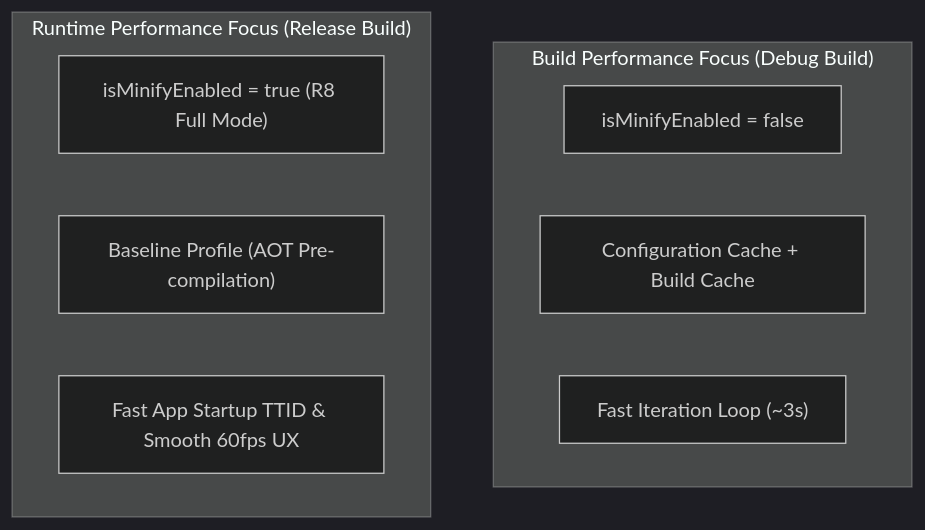
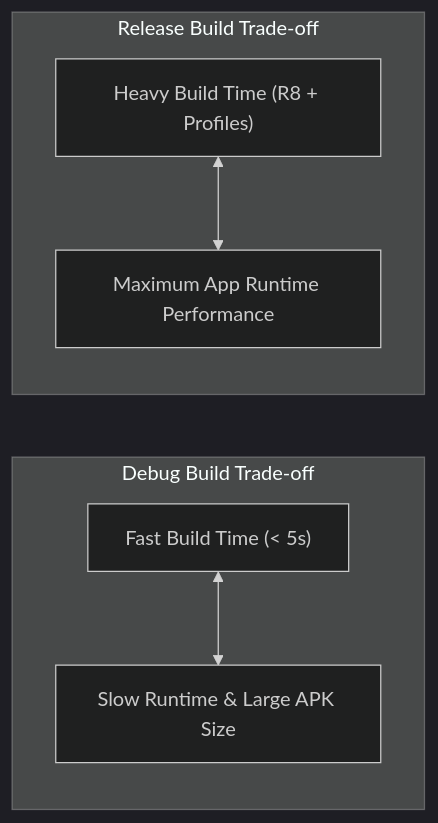
The diagram in 01_inbox/mobile/android/03_packaging_deployment/optimization/build-optimization-contracts/gradle-build-performance-is-not-app-runtime-performance.md (youngmin-gwon/what-i-studied), drawn with Mermaid (dark theme) before and after one commit. The commit also changed other lines of this file and 134 other files, not shown here.

````diff
--- a/01_inbox/mobile/android/03_packaging_deployment/optimization/build-optimization-contracts/gradle-build-performance-is-not-app-runtime-performance.md
+++ b/01_inbox/mobile/android/03_packaging_deployment/optimization/build-optimization-contracts/gradle-build-performance-is-not-app-runtime-performance.md
@@ -18,14 +26,10 @@
 ```mermaid
-flowchart TD
-    subgraph BuildPerf ["Build Performance Focus (Debug Build)"]
-        DebugBuild["isMinifyEnabled = false"]
-        ParallelTask["Configuration Cache + Build Cache"]
-        FastDev["Fast Iteration Loop (~3s)"]
+flowchart LR
+    subgraph DebugMode ["Debug Build Trade-off"]
+        FastBuild["Fast Build Time (< 5s)"] <--> SlowRuntime["Slow Runtime & Large APK Size"]
     end
 
-    subgraph RuntimePerf ["Runtime Performance Focus (Release Build)"]
-        ReleaseBuild["isMinifyEnabled = true (R8 Full Mode)"]
-        BaselineProfile["Baseline Profile (AOT Pre-compilation)"]
-        FastUX["Fast App Startup TTID & Smooth 60fps UX"]
+    subgraph ReleaseMode ["Release Build Trade-off"]
+        SlowBuild["Heavy Build Time (R8 + Profiles)"] <--> FastRuntime["Maximum App Runtime Performance"]
     end
 ```
````
